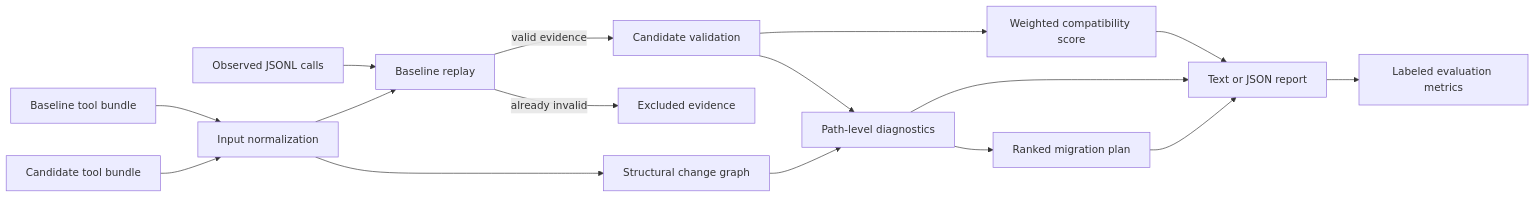
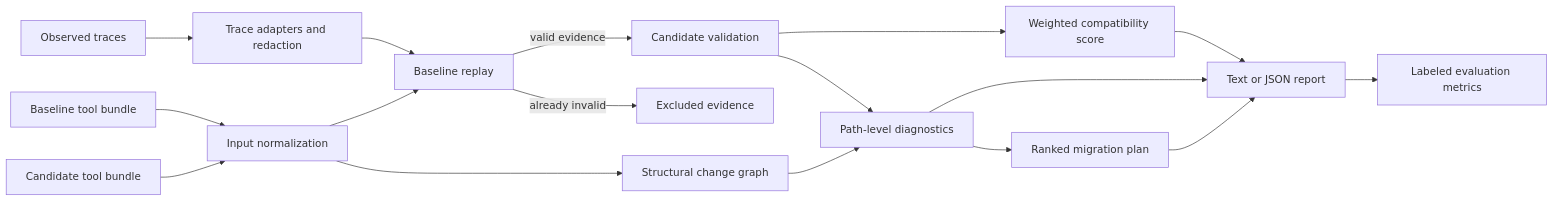
Before and after one commit to armanzareian/agentcompat: the diagram in README.md, drawn with Mermaid. The commit also changed other lines of this file and 7 other files, not shown here.

Commit message:
Add provider trace adapters and redaction

````diff
--- a/README.md
+++ b/README.md
@@ -129,18 +159,19 @@
 ```mermaid
 flowchart LR
     A["Baseline tool bundle"] --> N["Input normalization"]
     B["Candidate tool bundle"] --> N
-    C["Observed JSONL calls"] --> R["Baseline replay"]
+    C["Observed traces"] --> T["Trace adapters and redaction"]
+    T --> R["Baseline replay"]
     N --> R
     R -->|valid evidence| V["Candidate validation"]
     R -->|already invalid| X["Excluded evidence"]
     V --> S["Weighted compatibility score"]
     V --> D["Path-level diagnostics"]
     N --> G["Structural change graph"]
     G --> D
     D --> M["Ranked migration plan"]
     S --> O["Text or JSON report"]
     D --> O
     M --> O
     O --> E["Labeled evaluation metrics"]
 ```
````
